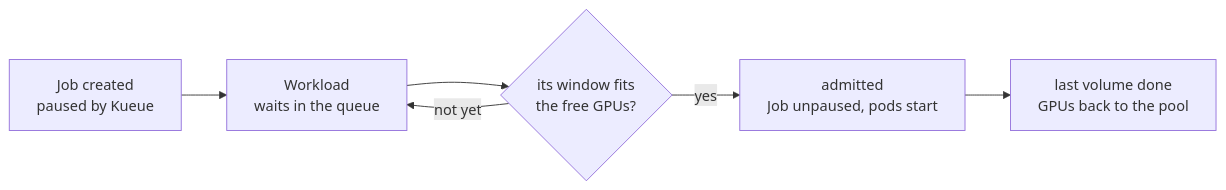
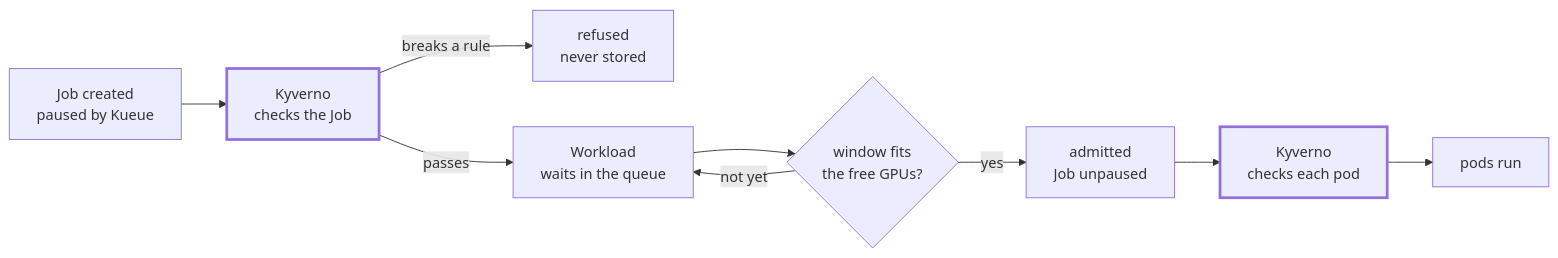
Before and after one commit to AI-Riksarkivet/htrflow-batch: the third of 12 diagrams in docs/slides/part-1-from-one-folder-to-the-archive.md, drawn with Mermaid. The commit also changed other lines of this file and 2 other files, not shown here.

Commit message:
docs(slides): show where Kyverno checks on the way to the GPUs
The Kueue slide in part 1 draws both checks: Kyverno refuses a bad Job
before it is stored, so it never reaches the queue, and checks each pod
again after admission, where image signatures are verified. The notes
cover the order (Kueue's mutating webhook before Kyverno's validation) and
the rare admitted-but-refused-pod case.

Claude-Session: https://claude.ai/code/session_01HGkpuggZmaB7oiGwzxD1JG

````diff
--- a/docs/slides/part-1-from-one-folder-to-the-archive.md
+++ b/docs/slides/part-1-from-one-folder-to-the-archive.md
@@ -289,11 +289,18 @@
-```mermaid w:1120
+```mermaid w:1180
 flowchart LR
   J["Job created<br/>paused by Kueue"]
+  K1["Kyverno<br/>checks the Job"]
+  REFUSED["refused<br/>never stored"]
   W["Workload<br/>waits in the queue"]
-  Q{"its window fits<br/>the free GPUs?"}
-  R["admitted<br/>Job unpaused, pods start"]
-  D["last volume done<br/>GPUs back to the pool"]
-  J --> W --> Q
-  Q -->|"yes"| R --> D
+  Q{"window fits<br/>the free GPUs?"}
+  R["admitted<br/>Job unpaused"]
+  K2["Kyverno<br/>checks each pod"]
+  P["pods run"]
+  J --> K1
+  K1 -->|"breaks a rule"| REFUSED
+  K1 -->|"passes"| W --> Q
   Q -->|"not yet"| W
+  Q -->|"yes"| R --> K2 --> P
+  style K1 stroke-width:3px
+  style K2 stroke-width:3px
 ```
````
